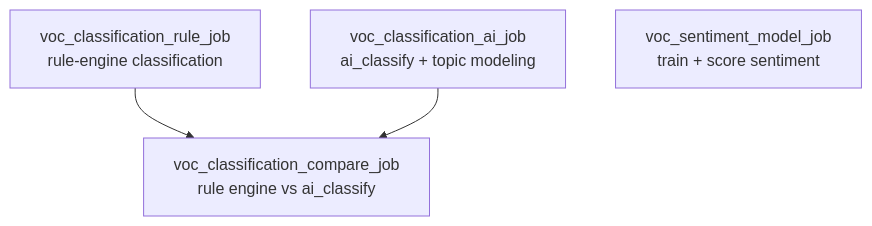
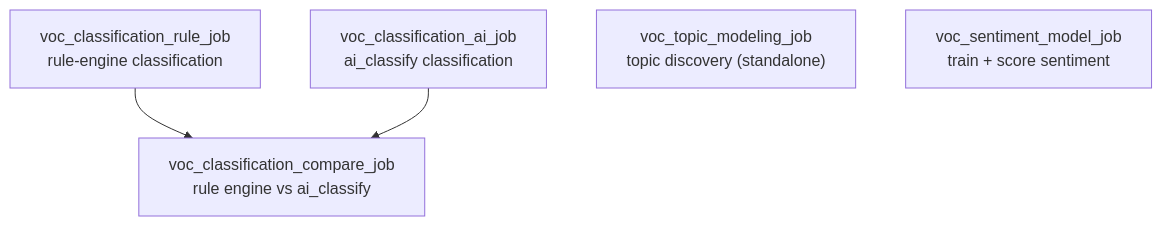
The second of 2 diagrams in README.md (dariakrasavina/GM_VOC), drawn with Mermaid before and after one commit. The commit also changed other lines of this file and 4 other files, not shown here.

First line of the commit message:
Split topic modeling into its own job; scope compare to one day; add prompt A/B harness

````diff
--- a/README.md
+++ b/README.md
@@ -121,10 +121,11 @@
 ```mermaid
 flowchart TB
     RE["voc_classification_rule_job<br/>rule-engine classification"]
-    AI["voc_classification_ai_job<br/>ai_classify + topic modeling"]
+    AI["voc_classification_ai_job<br/>ai_classify classification"]
     CMP["voc_classification_compare_job<br/>rule engine vs ai_classify"]
+    TM["voc_topic_modeling_job<br/>topic discovery (standalone)"]
     SENT["voc_sentiment_model_job<br/>train + score sentiment"]
 
     RE --> CMP
     AI --> CMP
 ```
````
